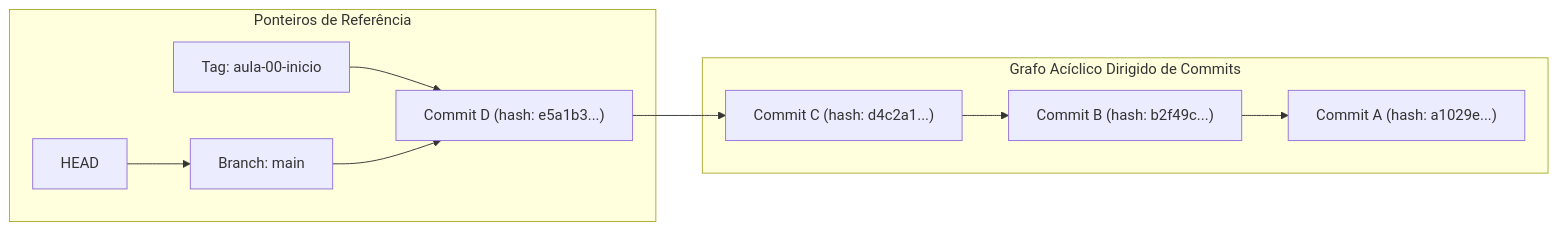
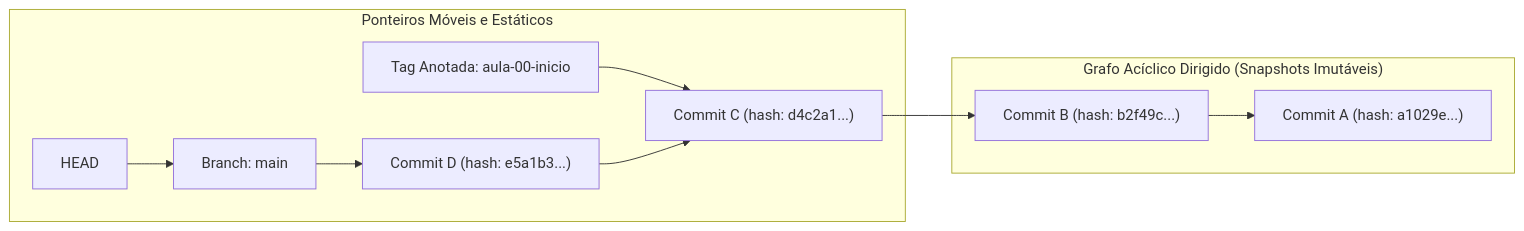
Before and after one commit to murilolol/unifef: the second of 31 diagrams in 4º Semestre/[Prof. Jefferson Passerini] Laboratório de Programação IV/Resumos-IA/Caderno-Consolidado.md, drawn with Mermaid. The commit also changed other lines of this file and 58 other files, not shown here.

````diff
--- a/4º Semestre/[Prof. Jefferson Passerini] Laboratório de Programação IV/Resumos-IA/Caderno-Consolidado.md
+++ b/4º Semestre/[Prof. Jefferson Passerini] Laboratório de Programação IV/Resumos-IA/Caderno-Consolidado.md
@@ -126,14 +162,14 @@
 ```mermaid
 flowchart LR
-  subgraph Referencias["Ponteiros de Referência"]
-    HEAD["HEAD"] --> BranchMain["Branch: main"]
-    Tag["Tag: aula-00-inicio"] --> CommitD
-    BranchMain --> CommitD
-  end
+    subgraph Referencias["Ponteiros Móveis e Estáticos"]
+        HEAD["HEAD"] --> BranchMain["Branch: main"]
+        Tag["Tag Anotada: aula-00-inicio"] --> CommitC
+        BranchMain --> CommitD
+    end
 
-  subgraph GrafoDAG["Grafo Acíclico Dirigido de Commits"]
-    CommitD["Commit D (hash: e5a1b3...)"] --> CommitC["Commit C (hash: d4c2a1...)"]
-    CommitC --> CommitB["Commit B (hash: b2f49c...)"]
-    CommitB --> CommitA["Commit A (hash: a1029e...)"]
-  end
+    subgraph DAG["Grafo Acíclico Dirigido (Snapshots Imutáveis)"]
+        CommitD["Commit D (hash: e5a1b3...)"] --> CommitC["Commit C (hash: d4c2a1...)"]
+        CommitC --> CommitB["Commit B (hash: b2f49c...)"]
+        CommitB --> CommitA["Commit A (hash: a1029e...)"]
+    end
 ```
````
